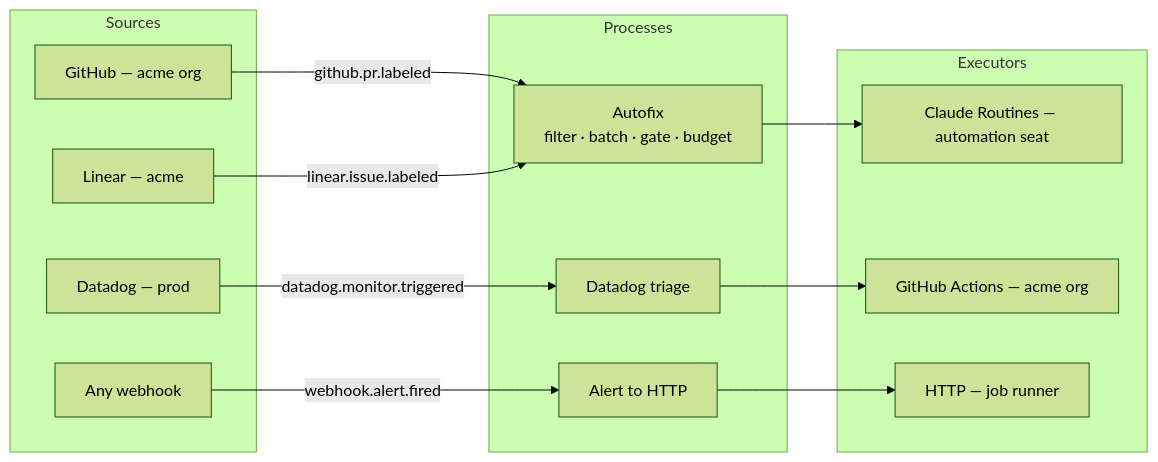
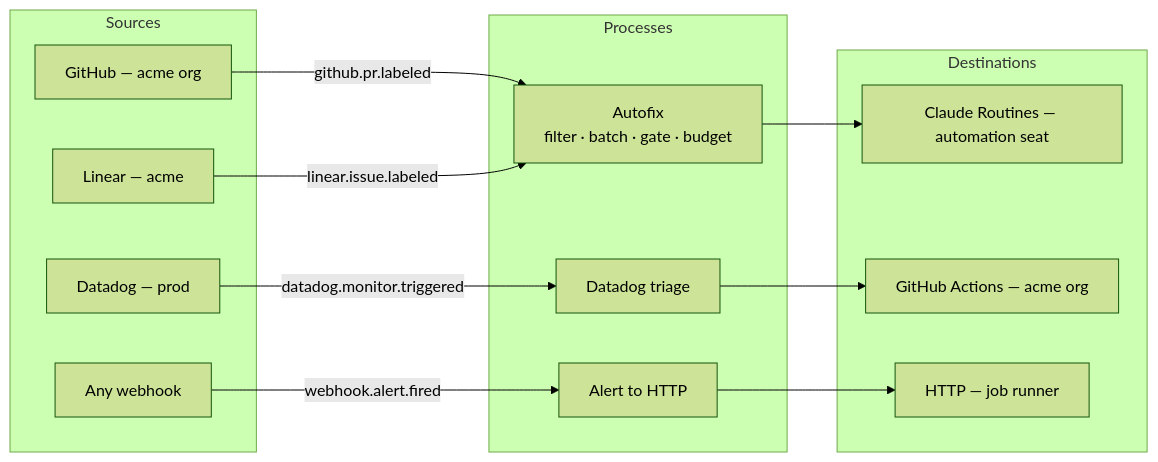
The diagram in README.md (ilyavolodin/ai-switchboard), drawn with Mermaid (forest theme) before and after one commit. The commit also changed other lines of this file and 311 other files, not shown here.

````diff
--- a/README.md
+++ b/README.md
@@ -11,26 +11,26 @@
 ```mermaid
 flowchart LR
   subgraph Sources
     GH[GitHub — acme org]
     LN[Linear — acme]
     DD[Datadog — prod]
     WH[Any webhook]
   end
   subgraph Processes
     P1[Autofix<br/>filter · batch · gate · budget]
     P2[Datadog triage]
     P3[Alert to HTTP]
   end
-  subgraph Executors
+  subgraph Destinations
     CR[Claude Routines — automation seat]
     GA[GitHub Actions — acme org]
     HT[HTTP — job runner]
   end
   GH -->|github.pr.labeled| P1
   LN -->|linear.issue.labeled| P1
   DD -->|datadog.monitor.triggered| P2
   WH -->|webhook.alert.fired| P3
   P1 --> CR
   P2 --> GA
   P3 --> HT
 ```
````
